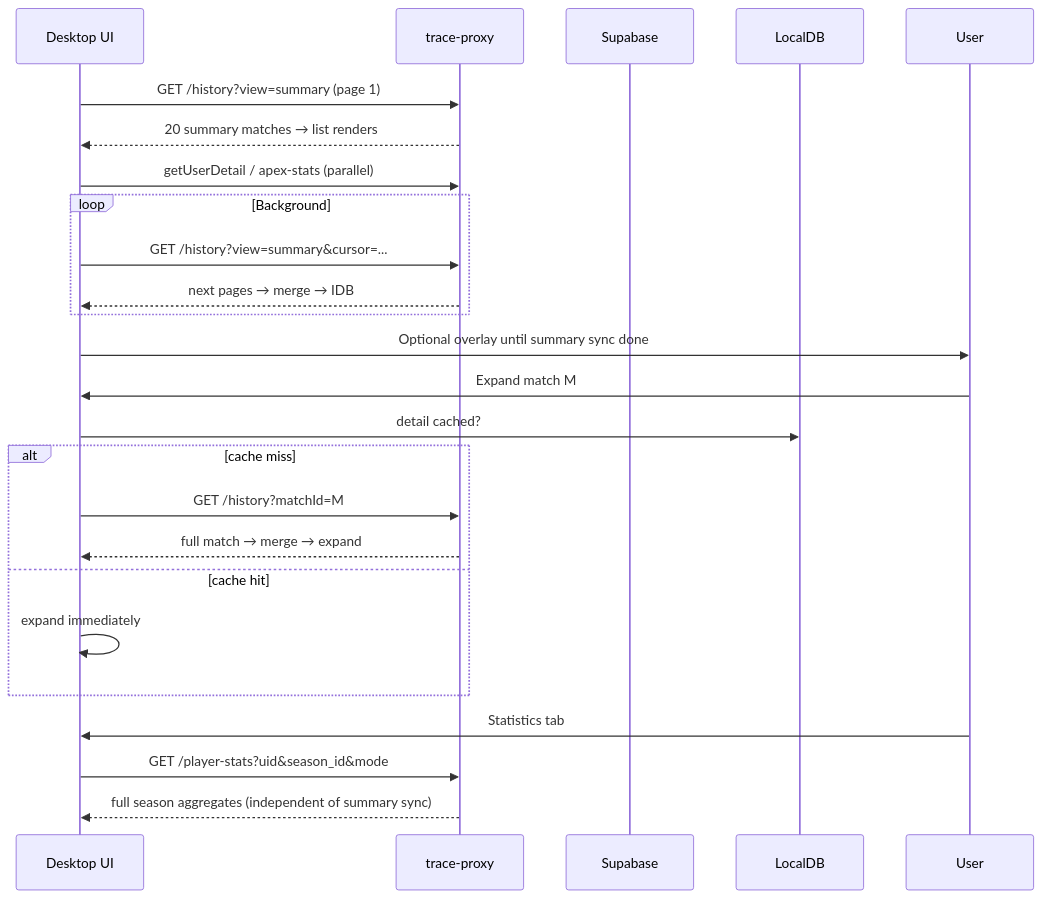
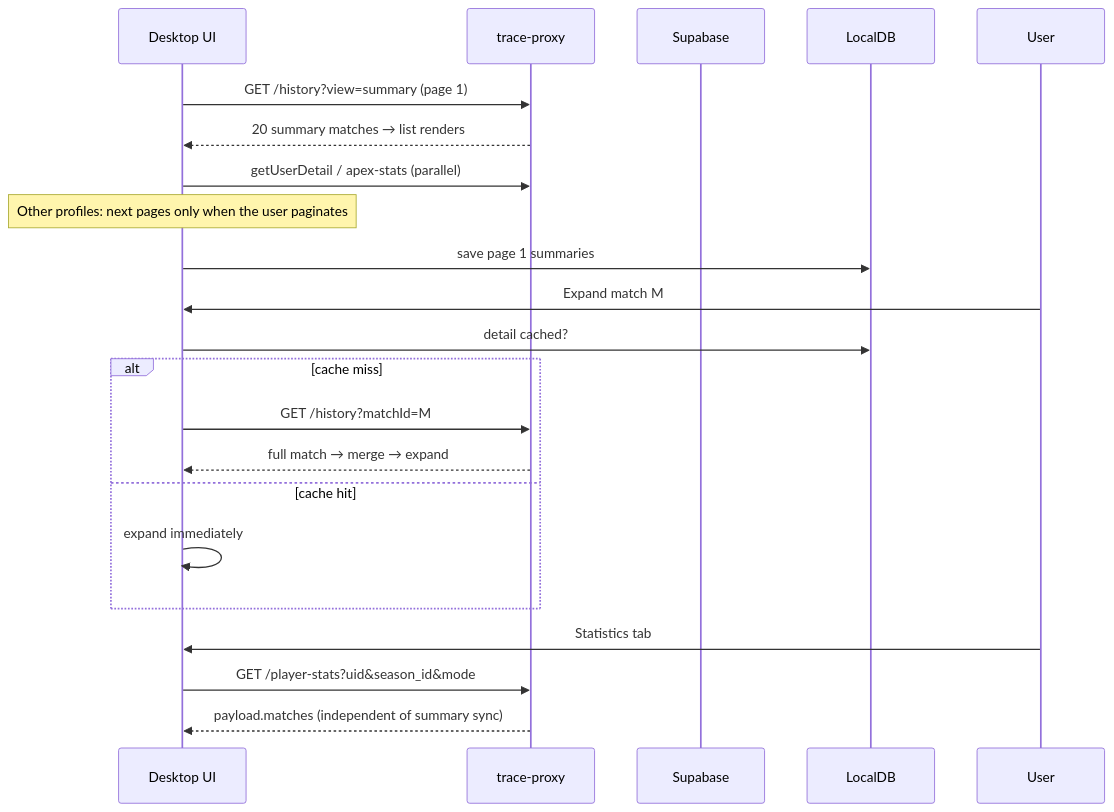
The second of 2 diagrams in docs/ARCHITECTURE.md (sjbong0904/ApexTrace-app), drawn with Mermaid before and after one commit. The commit also changed other lines of this file and 6 other files, not shown here.

````diff
--- a/docs/ARCHITECTURE.md
+++ b/docs/ARCHITECTURE.md
@@ -363,31 +346,27 @@
 ```mermaid
 sequenceDiagram
     participant UI as Desktop UI
     participant Proxy as trace-proxy
     participant SB as Supabase
     participant IDB as LocalDB
 
     UI->>Proxy: GET /history?view=summary (page 1)
     Proxy-->>UI: 20 summary matches → list renders
     UI->>Proxy: getUserDetail / apex-stats (parallel)
 
-    loop Background
-        UI->>Proxy: GET /history?view=summary&cursor=...
-        Proxy-->>UI: next pages → merge → IDB
-    end
-
-    UI->>User: Optional overlay until summary sync done
+    Note over UI: Other profiles: next pages only when the user paginates
+    UI->>IDB: save page 1 summaries
 
     User->>UI: Expand match M
     UI->>IDB: detail cached?
     alt cache miss
         UI->>Proxy: GET /history?matchId=M
         Proxy-->>UI: full match → merge → expand
     else cache hit
         UI->>UI: expand immediately
     end
 
     User->>UI: Statistics tab
     UI->>Proxy: GET /player-stats?uid&season_id&mode
-    Proxy-->>UI: full season aggregates (independent of summary sync)
+    Proxy-->>UI: payload.matches (independent of summary sync)
 ```
````
